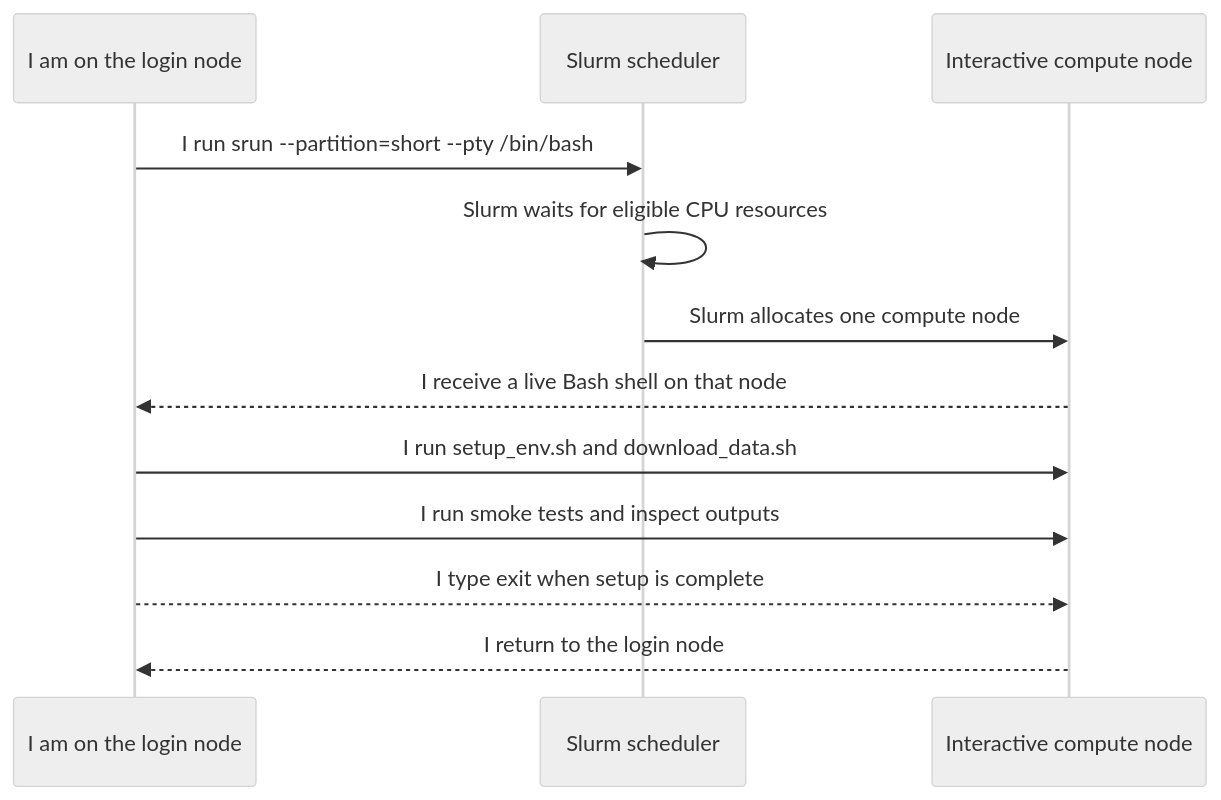
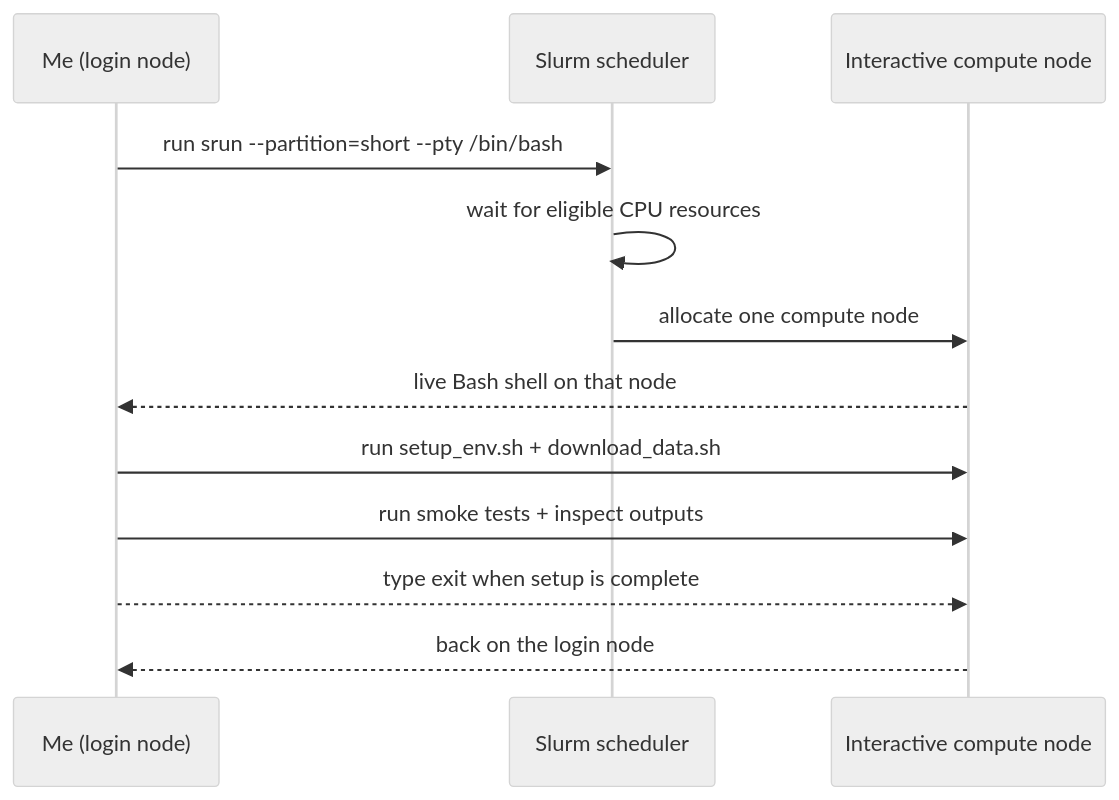
One commit to NirmalKumar31/rbp-binding changed diagram 15 of 25 in README.md. Above: the diagram before and after it, drawn with Mermaid (neutral theme). The commit also changed other lines of this file, not shown here.

Commit message:
docs: neutralize first-person voice inside mermaid diagram labels

````diff
--- a/README.md
+++ b/README.md
@@ -592,15 +592,15 @@
 ```mermaid
 sequenceDiagram
-    participant Me as I am on the login node
+    participant Me as Me (login node)
     participant Slurm as Slurm scheduler
     participant Node as Interactive compute node
 
-    Me->>Slurm: I run srun --partition=short --pty /bin/bash
-    Slurm->>Slurm: Slurm waits for eligible CPU resources
-    Slurm->>Node: Slurm allocates one compute node
-    Node-->>Me: I receive a live Bash shell on that node
-    Me->>Node: I run setup_env.sh and download_data.sh
-    Me->>Node: I run smoke tests and inspect outputs
-    Me-->>Node: I type exit when setup is complete
-    Node-->>Me: I return to the login node
+    Me->>Slurm: run srun --partition=short --pty /bin/bash
+    Slurm->>Slurm: wait for eligible CPU resources
+    Slurm->>Node: allocate one compute node
+    Node-->>Me: live Bash shell on that node
+    Me->>Node: run setup_env.sh + download_data.sh
+    Me->>Node: run smoke tests + inspect outputs
+    Me-->>Node: type exit when setup is complete
+    Node-->>Me: back on the login node
 ```
````
